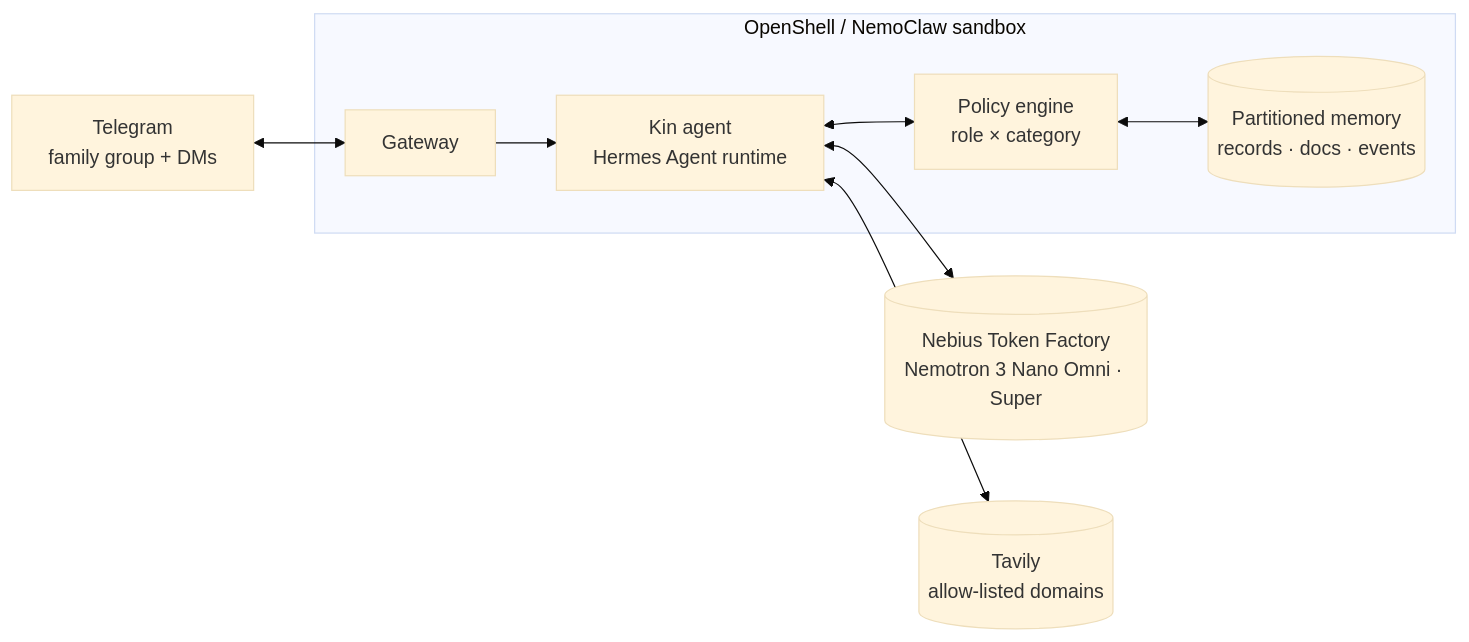
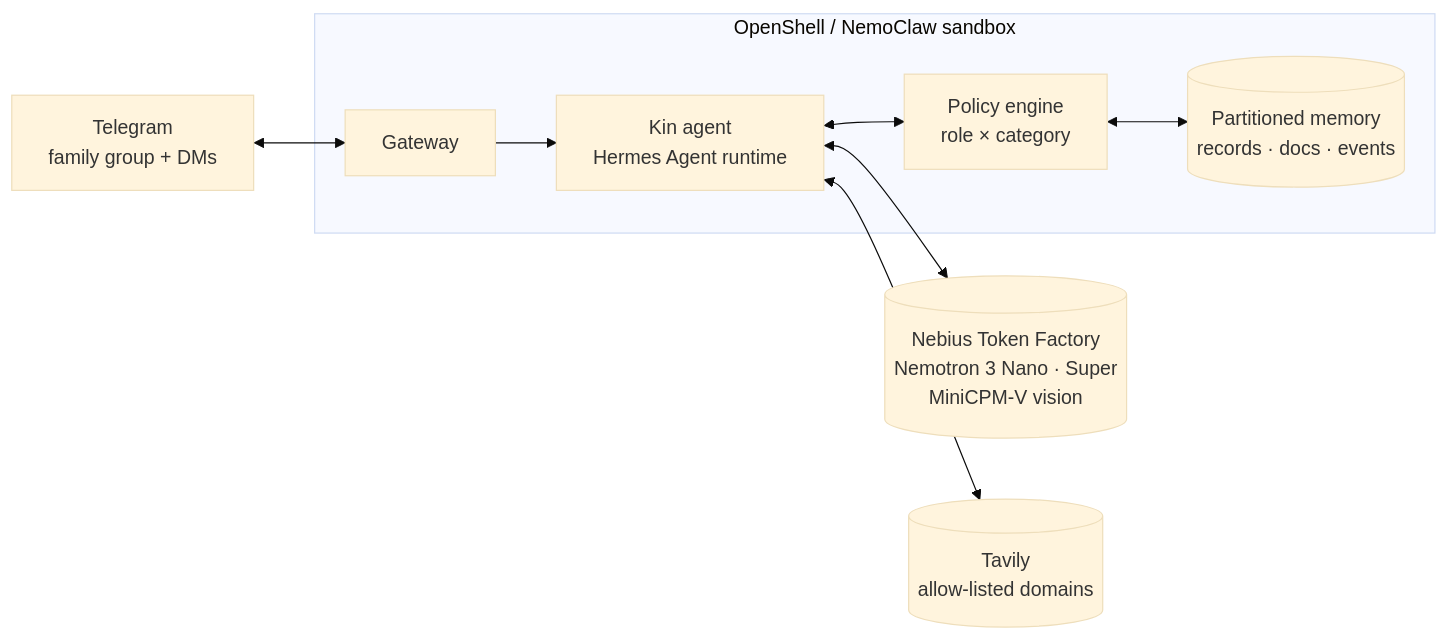
The diagram in README.md (wenhao7/kin), drawn with Mermaid (base theme) before and after one commit. The commit also changed other lines of this file and 15 other files, not shown here.

Commit message:
feat: use MiniCPM-V on Token Factory as the vision fallback

````diff
--- a/README.md
+++ b/README.md
@@ -37,15 +37,15 @@
 ```mermaid
 flowchart LR
     TG[Telegram<br/>family group + DMs] <--> GW[Gateway]
     GW --> AG[Kin agent<br/>Hermes Agent runtime]
     AG <--> PE[Policy engine<br/>role × category]
     PE <--> MEM[(Partitioned memory<br/>records · docs · events)]
-    AG <--> TF[(Nebius Token Factory<br/>Nemotron 3 Nano Omni · Super)]
+    AG <--> TF[(Nebius Token Factory<br/>Nemotron 3 Nano · Super<br/>MiniCPM-V vision)]
     AG <--> TV[(Tavily<br/>allow-listed domains)]
     subgraph OS["OpenShell / NemoClaw sandbox"]
         GW
         AG
         PE
         MEM
     end
 ```
````
